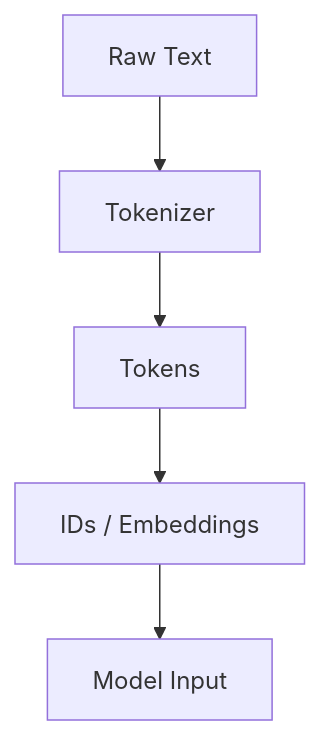
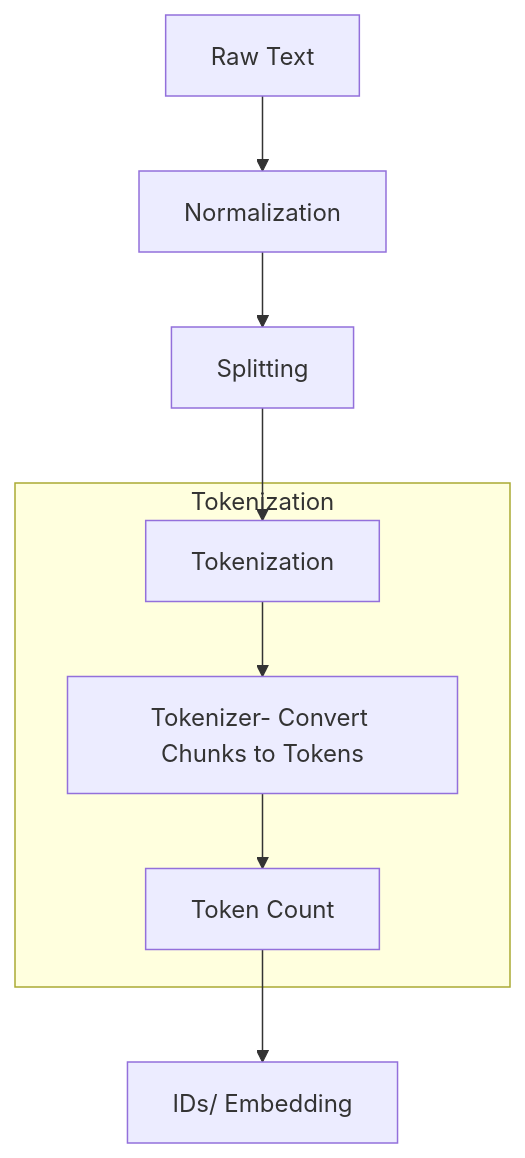
One commit to gil-son/llm-engineering-lab changed the second of 2 diagrams in 02-NLP-NLU-NLG-Comprehension/02-1-NLP-Processing-Language/02-1-3-Tokenization.md. Above: the diagram before and after it, drawn with Mermaid. The commit also changed other lines of this file, not shown here.

First line of the commit message:
docs: enhance tokenization section with detailed steps

````diff
--- a/02-NLP-NLU-NLG-Comprehension/02-1-NLP-Processing-Language/02-1-3-Tokenization.md
+++ b/02-NLP-NLU-NLG-Comprehension/02-1-NLP-Processing-Language/02-1-3-Tokenization.md
@@ -58,7 +105,12 @@
 ```mermaid
 graph TD
-    A[Raw Text] --> B[Tokenizer]
-    B --> C[Tokens]
-    C --> D[IDs / Embeddings]
-    D --> E[Model Input]
+    A[Raw Text] --> B[Normalization]
+    B --> C[Splitting]
+    C --> D[Tokenization]
+  %% ---------- Tokenization ----------
+        subgraph Tokenization
+        D --> E[Tokenizer- Convert Chunks to Tokens]
+      	E --> F[Token Count]
+      end
+        F --> G[IDs/ Embedding]
 ```
````
